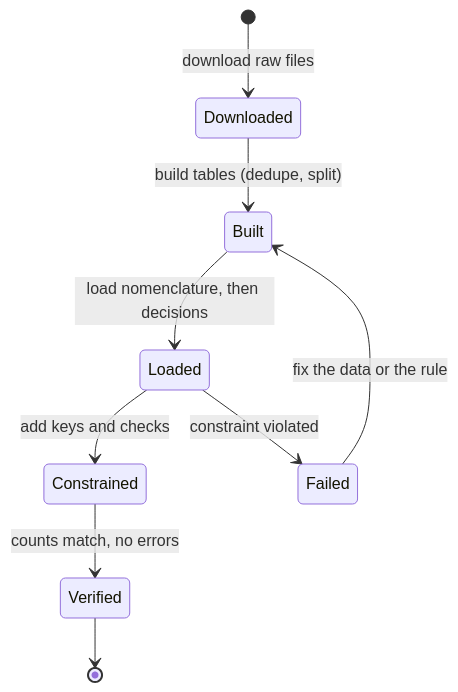
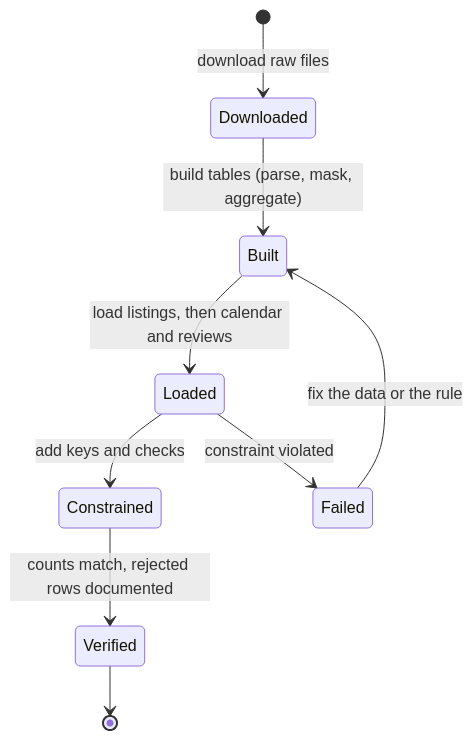
One commit to khoadaniel/statistical-programming-mpmd-htw-ws-2026 changed the fourth of 5 diagrams in sessions/03-sql-and-polars/theory/02-sql-from-python-and-ingestion.md. Above: the diagram before and after it, drawn with Mermaid. The commit also changed other lines of this file and 160 other files, not shown here.

````diff
--- a/sessions/03-sql-and-polars/theory/02-sql-from-python-and-ingestion.md
+++ b/sessions/03-sql-and-polars/theory/02-sql-from-python-and-ingestion.md
@@ -255,11 +307,11 @@
 ```mermaid
 stateDiagram-v2
     [*] --> Downloaded: download raw files
-    Downloaded --> Built: build tables (dedupe, split)
-    Built --> Loaded: load nomenclature, then decisions
+    Downloaded --> Built: build tables (parse, mask, aggregate)
+    Built --> Loaded: load listings, then calendar and reviews
     Loaded --> Constrained: add keys and checks
-    Constrained --> Verified: counts match, no errors
+    Constrained --> Verified: counts match, rejected rows documented
     Loaded --> Failed: constraint violated
     Failed --> Built: fix the data or the rule
     Verified --> [*]
 ```
````
